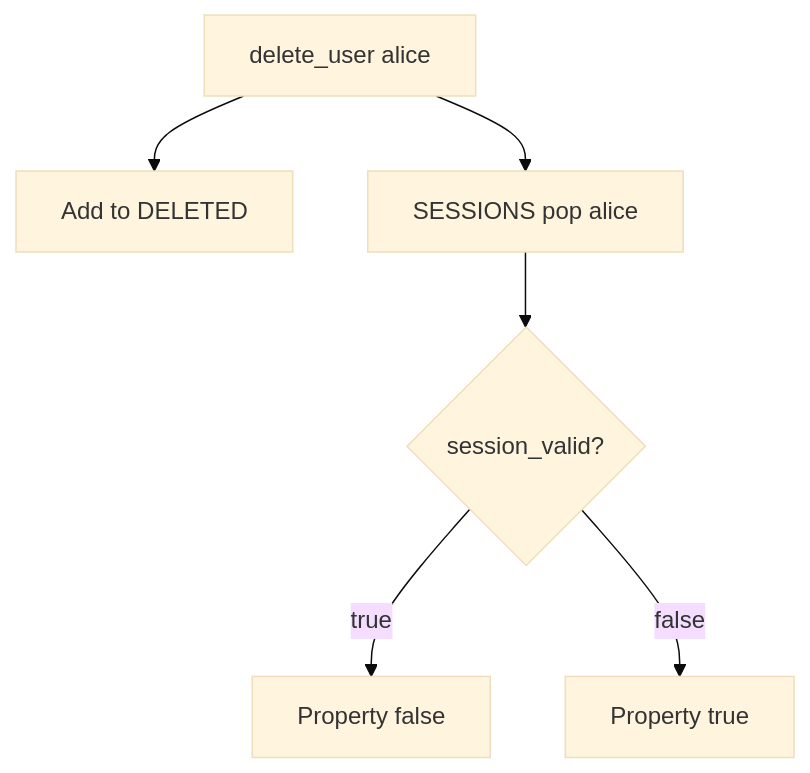
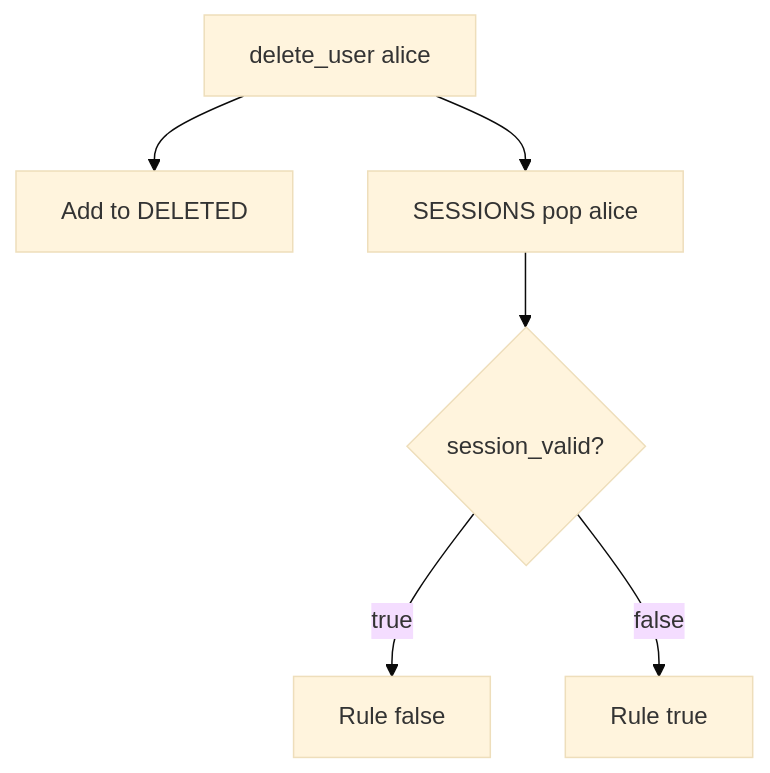
The diagram in content/modules/4/4.1/lessons/04-build.md (ishitvagoel/LearnSecurity), drawn with Mermaid (base theme) before and after one commit. The commit also changed other lines of this file and 39 other files, not shown here.

````diff
--- a/content/modules/4/4.1/lessons/04-build.md
+++ b/content/modules/4/4.1/lessons/04-build.md
@@ -15,8 +16,8 @@
 ```mermaid
 flowchart TD
   Call["delete_user alice"] --> Mark[Add to DELETED]
   Call --> Pop["SESSIONS pop alice"]
   Pop --> Check{"session_valid?"}
-  Check -->|true| Fail[Property false]
-  Check -->|false| Pass[Property true]
+  Check -->|true| Fail[Rule false]
+  Check -->|false| Pass[Rule true]
 ```
````
